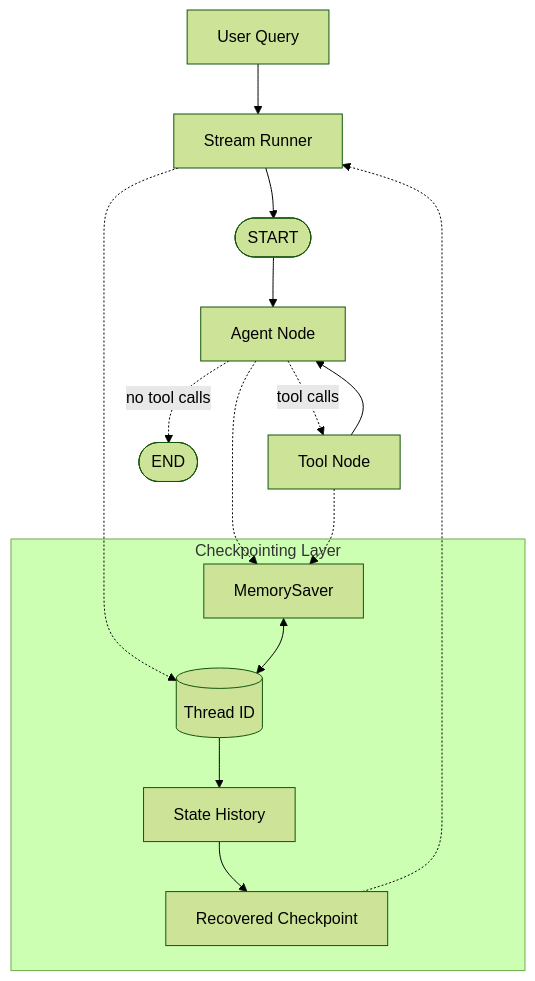
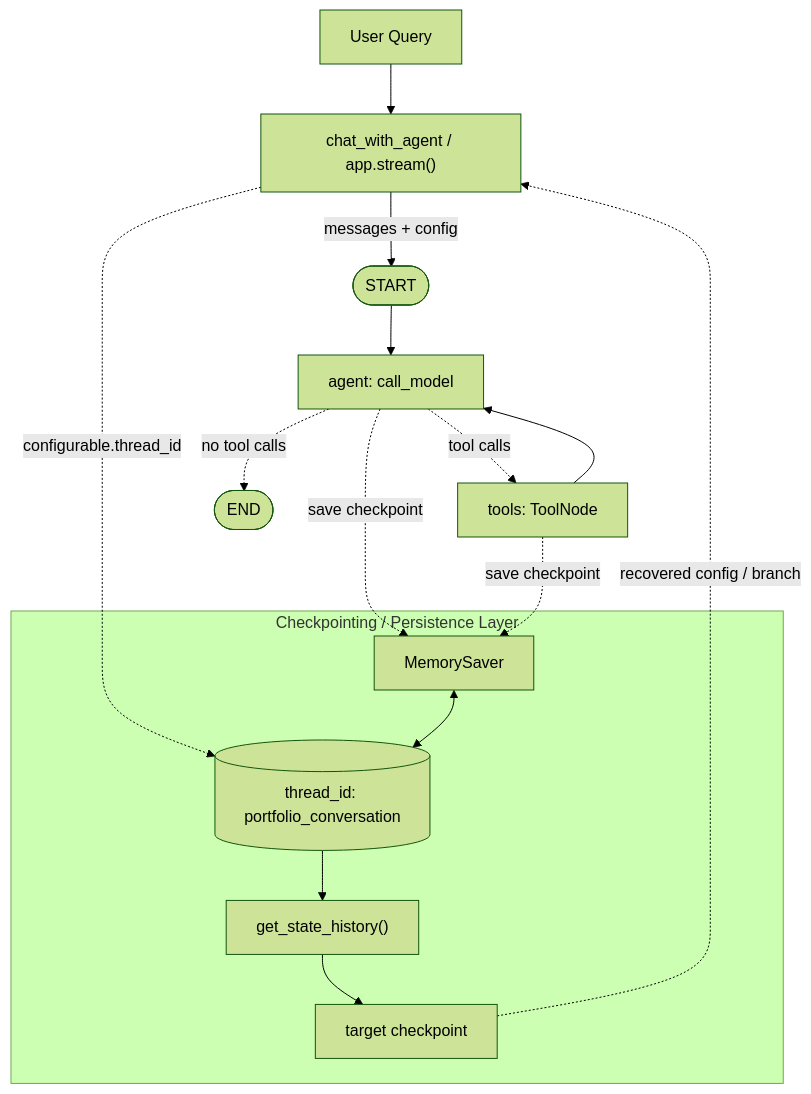
Before and after one commit to msabbir42/AgenticAISpring2026: the diagram in Topic 3/README.md, drawn with Mermaid (forest theme).

````diff
--- a/Topic 3/README.md
+++ b/Topic 3/README.md
@@ -233,32 +233,33 @@
 ```mermaid
 flowchart TD
     user["User Query"]
-    stream["Stream Runner"]
+    stream["chat_with_agent / app.stream()"]
     start(["START"])
-    agent["Agent Node"]
-    tools["Tool Node"]
+    agent["agent: call_model"]
+    tools["tools: ToolNode"]
     finish(["END"])
 
-    subgraph persistence["Checkpointing Layer"]
+    subgraph persistence["Checkpointing / Persistence Layer"]
         memory["MemorySaver"]
-        thread[("Thread ID")]
-        history["State History"]
-        target["Recovered Checkpoint"]
+        thread[("thread_id: portfolio_conversation")]
+        history["get_state_history()"]
+        target["target checkpoint"]
     end
 
     user --> stream
-    stream --> start
+    stream -->|messages + config| start
     start --> agent
+
     agent -.->|tool calls| tools
     agent -.->|no tool calls| finish
     tools --> agent
 
-    stream -.-> thread
-    agent -.-> memory
-    tools -.-> memory
+    stream -.->|configurable.thread_id| thread
+    agent -. "save checkpoint" .-> memory
+    tools -. "save checkpoint" .-> memory
     memory <--> thread
 
     thread --> history
     history --> target
-    target -.-> stream
+    target -. "recovered config / branch" .-> stream
 ```
````
